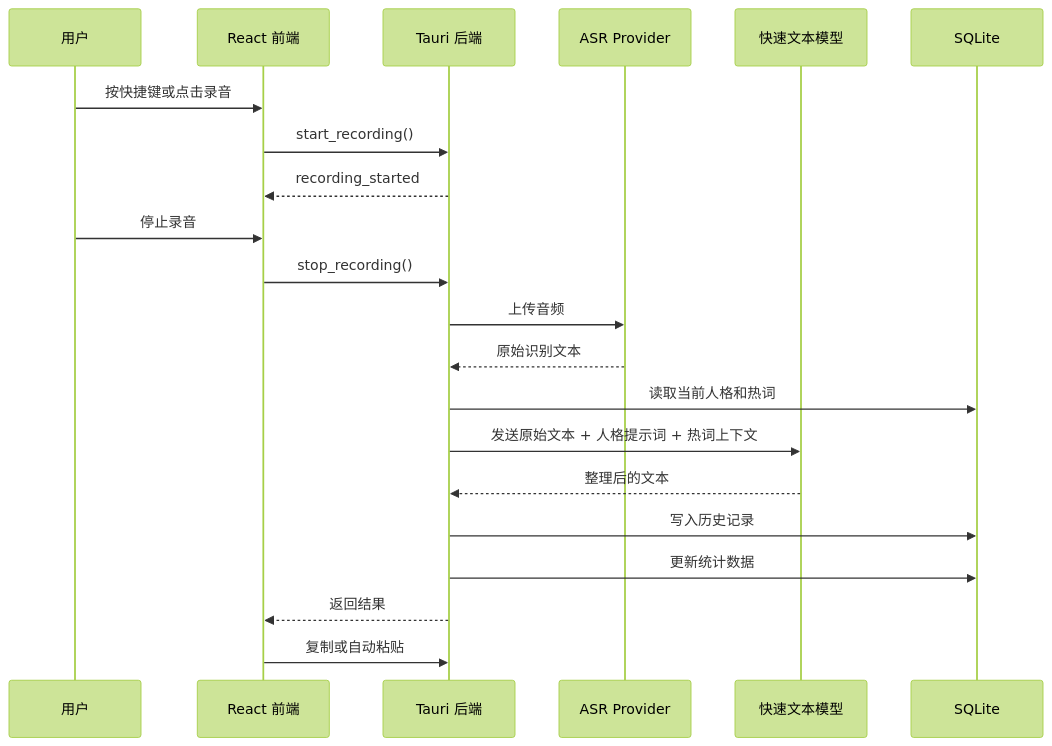
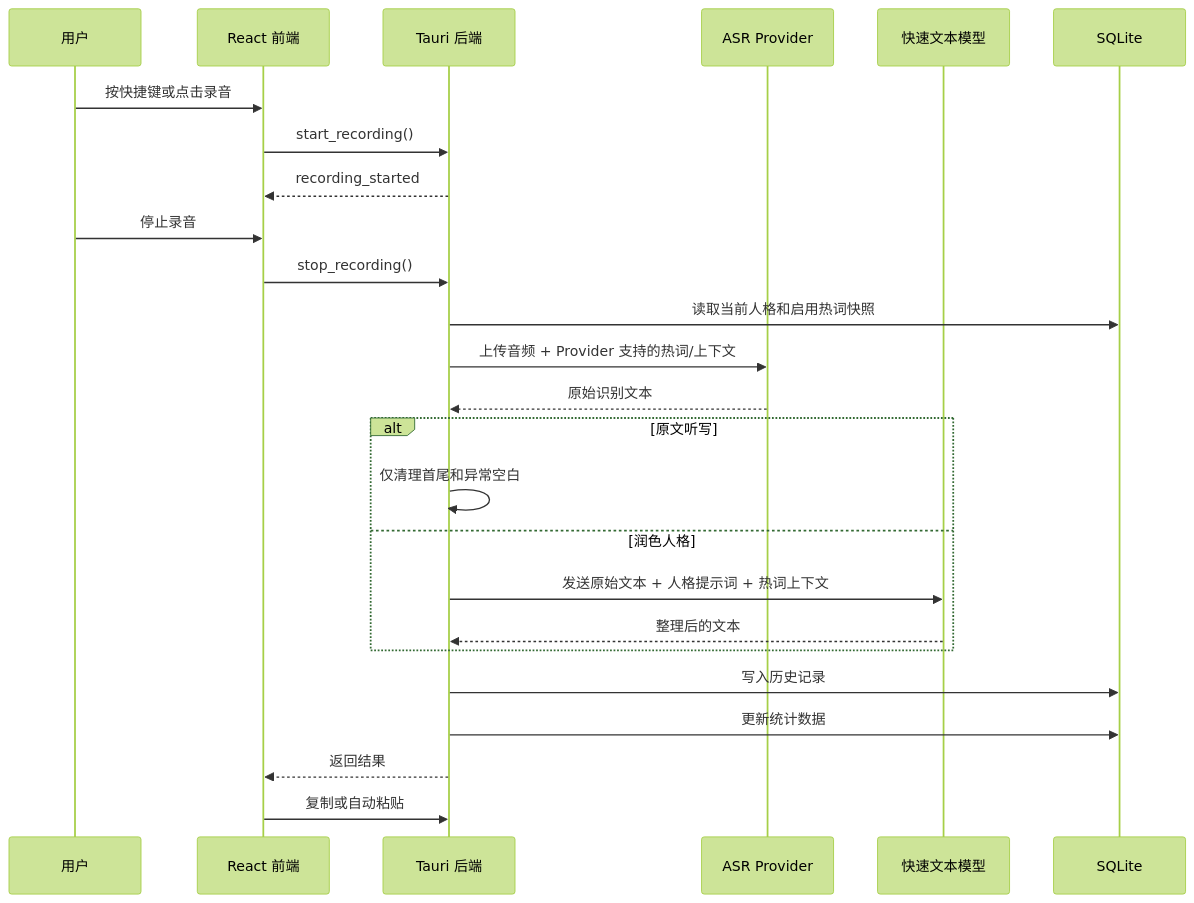
One commit to qinyu765/xiluolin changed the second of 2 diagrams in docs/solution-design.md. Above: the diagram before and after it, drawn with Mermaid (forest theme). The commit also changed other lines of this file and 18 other files, not shown here.

````diff
--- a/docs/solution-design.md
+++ b/docs/solution-design.md
@@ -114,24 +114,28 @@
 ```mermaid
 sequenceDiagram
   participant U as 用户
   participant UI as React 前端
   participant T as Tauri 后端
   participant A as ASR Provider
   participant L as 快速文本模型
   participant DB as SQLite
 
   U->>UI: 按快捷键或点击录音
   UI->>T: start_recording()
   T-->>UI: recording_started
   U->>UI: 停止录音
   UI->>T: stop_recording()
-  T->>A: 上传音频
+  T->>DB: 读取当前人格和启用热词快照
+  T->>A: 上传音频 + Provider 支持的热词/上下文
   A-->>T: 原始识别文本
-  T->>DB: 读取当前人格和热词
-  T->>L: 发送原始文本 + 人格提示词 + 热词上下文
-  L-->>T: 整理后的文本
+  alt 原文听写
+    T->>T: 仅清理首尾和异常空白
+  else 润色人格
+    T->>L: 发送原始文本 + 人格提示词 + 热词上下文
+    L-->>T: 整理后的文本
+  end
   T->>DB: 写入历史记录
   T->>DB: 更新统计数据
   T-->>UI: 返回结果
   UI->>T: 复制或自动粘贴
 ```
````
